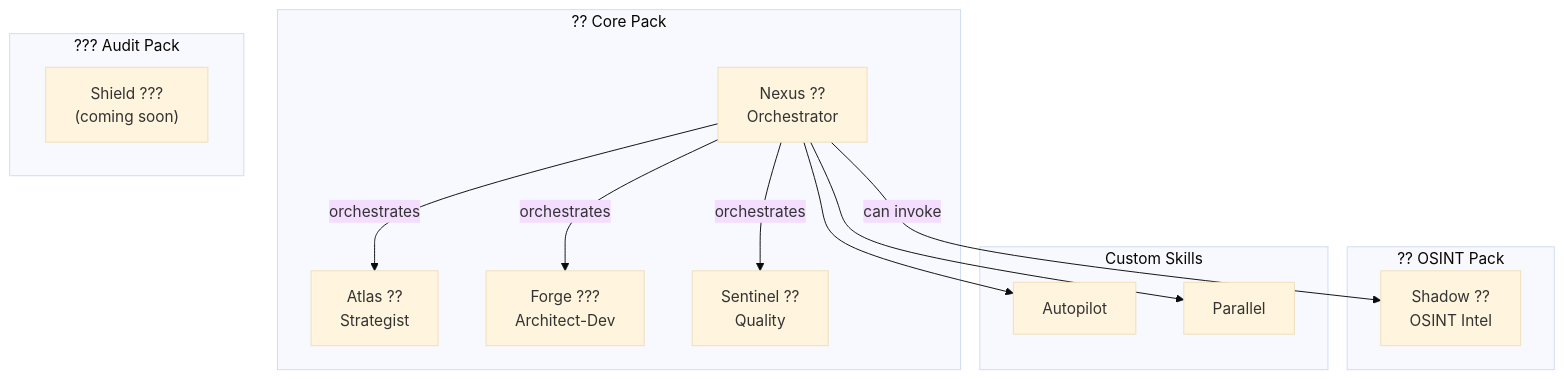
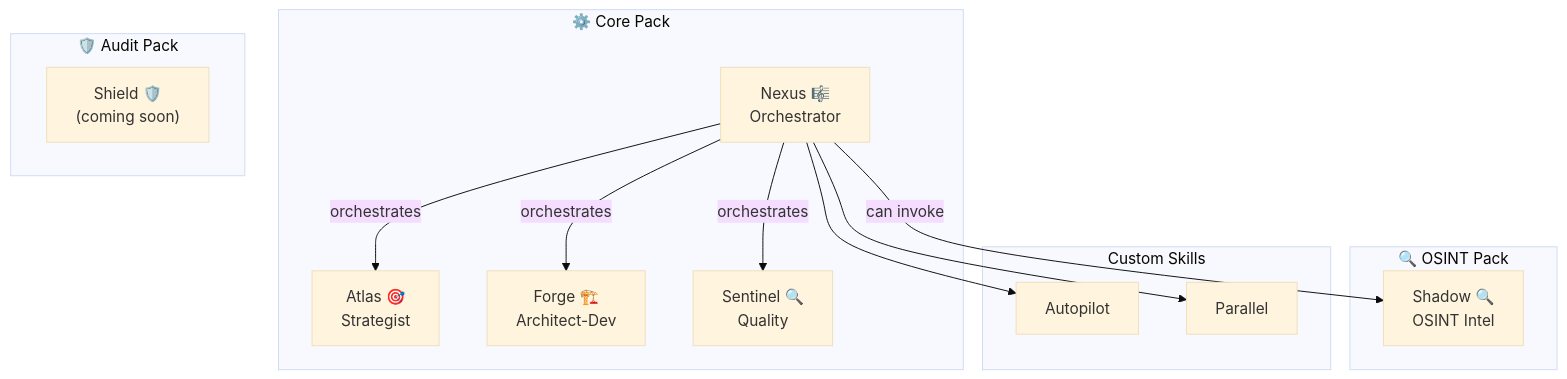
The diagram in README-DIST.md (lrochetta/BMAD-PLUS), drawn with Mermaid (base theme) before and after one commit. The commit also changed other lines of this file and 4 other files, not shown here.

````diff
--- a/README-DIST.md
+++ b/README-DIST.md
@@ -122,30 +169,30 @@
 ```mermaid
 graph TB
-    subgraph Core["?? Core Pack"]
-        AT[Atlas ??<br/>Strategist]
-        FG[Forge ???<br/>Architect-Dev]
-        SN[Sentinel ??<br/>Quality]
-        NX[Nexus ??<br/>Orchestrator]
+    subgraph Core["⚙️ Core Pack"]
+        AT[Atlas 🎯<br/>Strategist]
+        FG[Forge 🏗️<br/>Architect-Dev]
+        SN[Sentinel 🔍<br/>Quality]
+        NX[Nexus 🎼<br/>Orchestrator]
     end
 
-    subgraph OSINT["?? OSINT Pack"]
-        SH[Shadow ??<br/>OSINT Intel]
+    subgraph OSINT["🔍 OSINT Pack"]
+        SH[Shadow 🔍<br/>OSINT Intel]
     end
 
-    subgraph Audit["??? Audit Pack"]
-        SD["Shield ???<br/>(coming soon)"]
+    subgraph Audit["🛡️ Audit Pack"]
+        SD["Shield 🛡️<br/>(coming soon)"]
     end
 
     NX -->|orchestrates| AT
     NX -->|orchestrates| FG
     NX -->|orchestrates| SN
     NX -->|can invoke| SH
 
     subgraph Skills["Custom Skills"]
         AP[Autopilot]
         PL[Parallel]
     end
 
     NX --> AP
     NX --> PL
 ```
````
